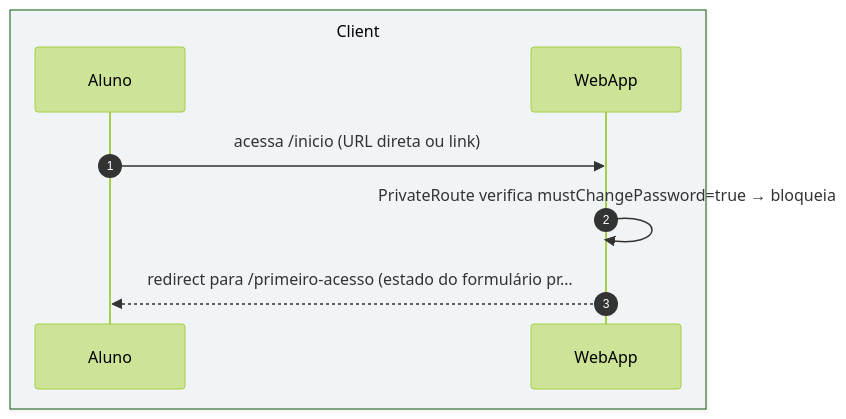
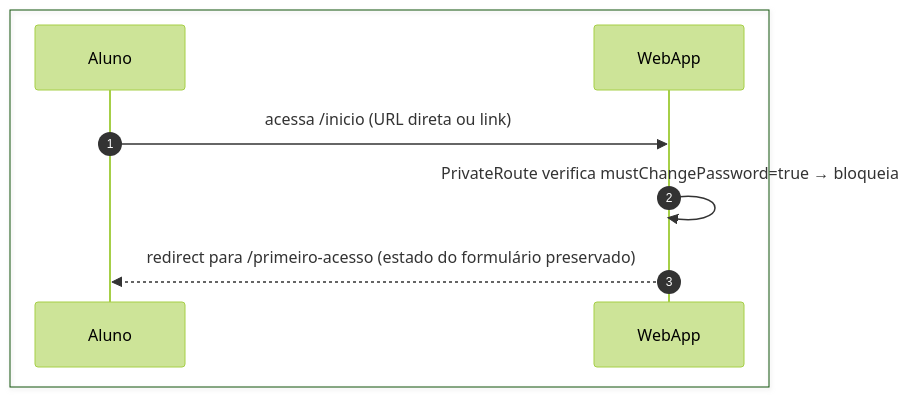
One commit to umishell/secretariaOnline2 changed the second of 3 diagrams in foundationDocs/sequenceDiagrams/F1 — Aluno/US-F1-002-PRIMEIRO-ACESSO.md. Above: the diagram before and after it, drawn with Mermaid (forest theme). The commit also changed other lines of this file and 70 other files, not shown here.

First line of the commit message:
Enhance database documentation and introduce new schema files

````diff
--- a/foundationDocs/sequenceDiagrams/F1 — Aluno/US-F1-002-PRIMEIRO-ACESSO.md
+++ b/foundationDocs/sequenceDiagrams/F1 — Aluno/US-F1-002-PRIMEIRO-ACESSO.md
@@ -106,12 +106,12 @@
 ```mermaid
 sequenceDiagram
     autonumber
-    box rgba(230,245,255,0.3) Client
+    box #e8f4fc Cliente
         participant Aluno
         participant WebApp
     end
 
     Aluno->>WebApp: acessa /inicio (URL direta ou link)
     WebApp->>WebApp: PrivateRoute verifica mustChangePassword=true → bloqueia
-    WebApp-->>Aluno: redirect para /primeiro-acesso (estado do formulário pr…
+    WebApp-->>Aluno: redirect para /primeiro-acesso (estado do formulário preservado)
 ```
````
